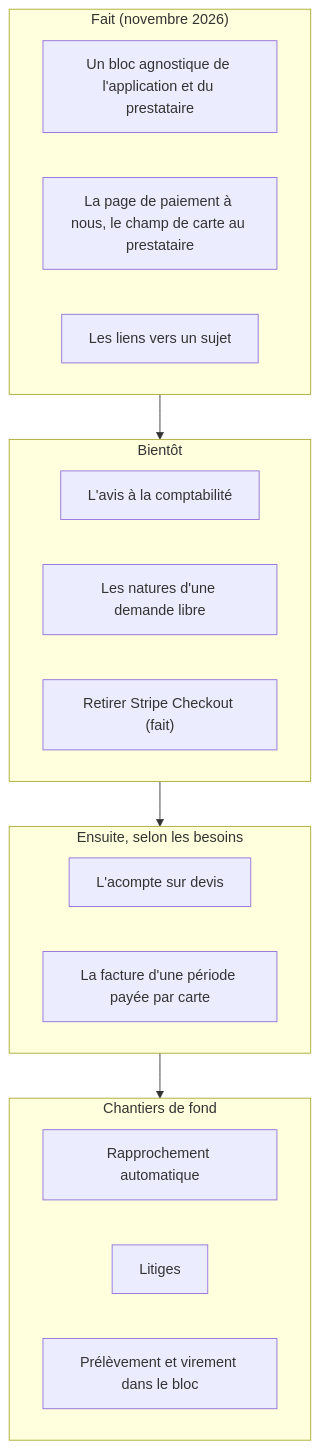
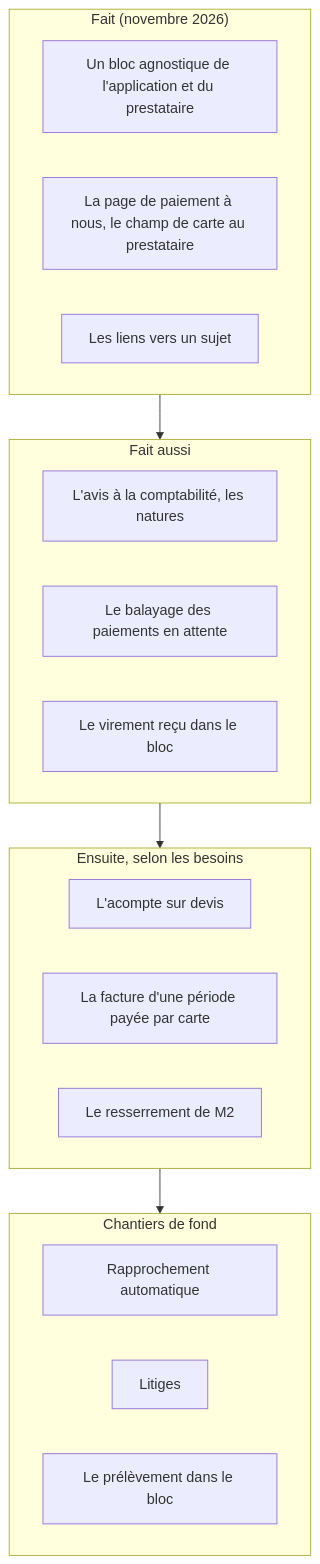
One commit to hugoheynard/lfd changed the diagram in documentation/payment/feuille-de-route.md. Above: the diagram before and after it, drawn with Mermaid. The commit also changed other lines of this file and 66 other files, not shown here.

````diff
--- a/documentation/payment/feuille-de-route.md
+++ b/documentation/payment/feuille-de-route.md
@@ -14,23 +15,24 @@
 ```mermaid
 flowchart TB
   subgraph Fait["Fait (novembre 2026)"]
     A["Un bloc agnostique de l'application et du prestataire"]
     B["La page de paiement à nous, le champ de carte au prestataire"]
     C["Les liens vers un sujet"]
   end
-  subgraph Bientot["Bientôt"]
-    D["L'avis à la comptabilité"]
-    E["Les natures d'une demande libre"]
-    F["Retirer Stripe Checkout (fait)"]
+  subgraph Bientot["Fait aussi"]
+    D["L'avis à la comptabilité, les natures"]
+    E["Le balayage des paiements en attente"]
+    F["Le virement reçu dans le bloc"]
   end
   subgraph Ensuite["Ensuite, selon les besoins"]
     G["L'acompte sur devis"]
     H["La facture d'une période payée par carte"]
+    H2["Le resserrement de M2"]
   end
   subgraph Fond["Chantiers de fond"]
     I["Rapprochement automatique"]
     J["Litiges"]
-    K["Prélèvement et virement dans le bloc"]
+    K["Le prélèvement dans le bloc"]
   end
   Fait --> Bientot --> Ensuite --> Fond
 ```
````
